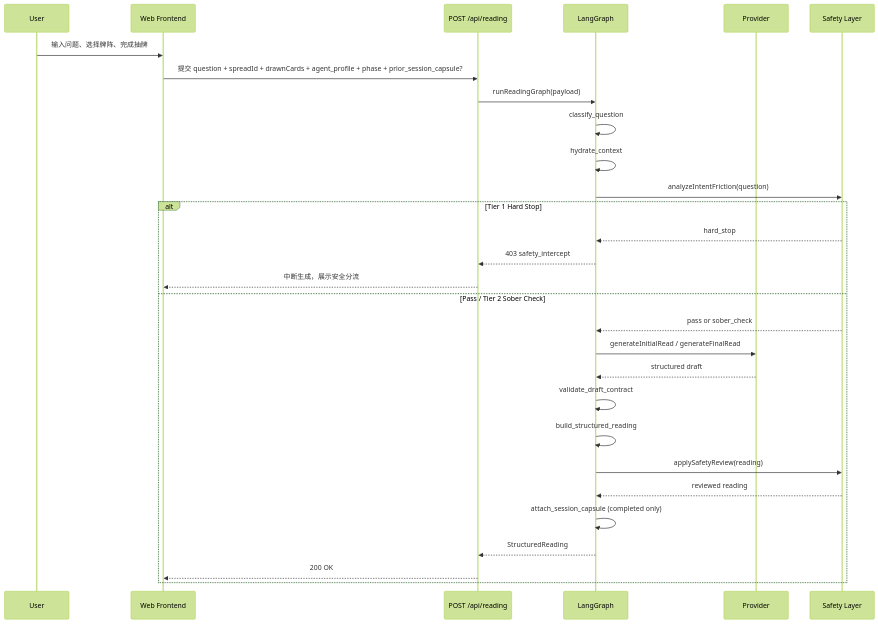
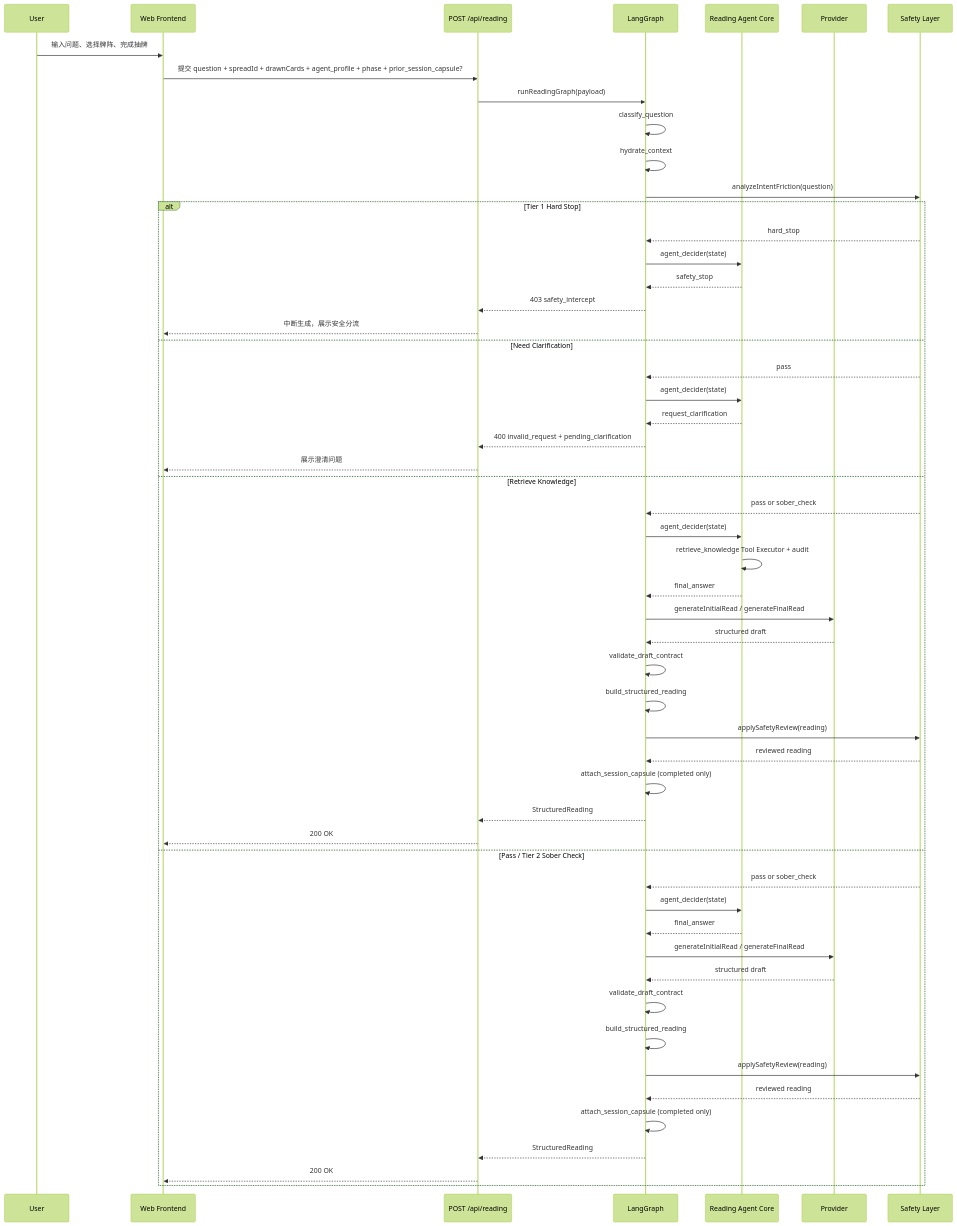
Before and after one commit to A1S4kuR4/AetherTarot: the second of 2 diagrams in docs/30-agent/langgraph-reading-workflow.md, drawn with Mermaid (forest theme). The commit also changed other lines of this file and 59 other files, not shown here.

Commit message:
feat: add controlled reading agent workflow

````diff
--- a/docs/30-agent/langgraph-reading-workflow.md
+++ b/docs/30-agent/langgraph-reading-workflow.md
@@ -125,32 +138,57 @@
 ```mermaid
 sequenceDiagram
     participant U as User
     participant FE as Web Frontend
     participant API as POST /api/reading
     participant G as LangGraph
+    participant A as Reading Agent Core
     participant P as Provider
     participant S as Safety Layer
 
     U->>FE: 输入问题、选择牌阵、完成抽牌
     FE->>API: 提交 question + spreadId + drawnCards + agent_profile + phase + prior_session_capsule?
     API->>G: runReadingGraph(payload)
     G->>G: classify_question
     G->>G: hydrate_context
     G->>S: analyzeIntentFriction(question)
     alt Tier 1 Hard Stop
         S-->>G: hard_stop
+        G->>A: agent_decider(state)
+        A-->>G: safety_stop
         G-->>API: 403 safety_intercept
         API-->>FE: 中断生成，展示安全分流
+    else Need Clarification
+        S-->>G: pass
+        G->>A: agent_decider(state)
+        A-->>G: request_clarification
+        G-->>API: 400 invalid_request + pending_clarification
+        API-->>FE: 展示澄清问题
+    else Retrieve Knowledge
+        S-->>G: pass or sober_check
+        G->>A: agent_decider(state)
+        A->>A: retrieve_knowledge Tool Executor + audit
+        A-->>G: final_answer
+        G->>P: generateInitialRead / generateFinalRead
+        P-->>G: structured draft
+        G->>G: validate_draft_contract
+        G->>G: build_structured_reading
+        G->>S: applySafetyReview(reading)
+        S-->>G: reviewed reading
+        G->>G: attach_session_capsule (completed only)
+        G-->>API: StructuredReading
+        API-->>FE: 200 OK
     else Pass / Tier 2 Sober Check
         S-->>G: pass or sober_check
+        G->>A: agent_decider(state)
+        A-->>G: final_answer
         G->>P: generateInitialRead / generateFinalRead
         P-->>G: structured draft
         G->>G: validate_draft_contract
         G->>G: build_structured_reading
         G->>S: applySafetyReview(reading)
         S-->>G: reviewed reading
         G->>G: attach_session_capsule (completed only)
         G-->>API: StructuredReading
         API-->>FE: 200 OK
     end
 ```
````
